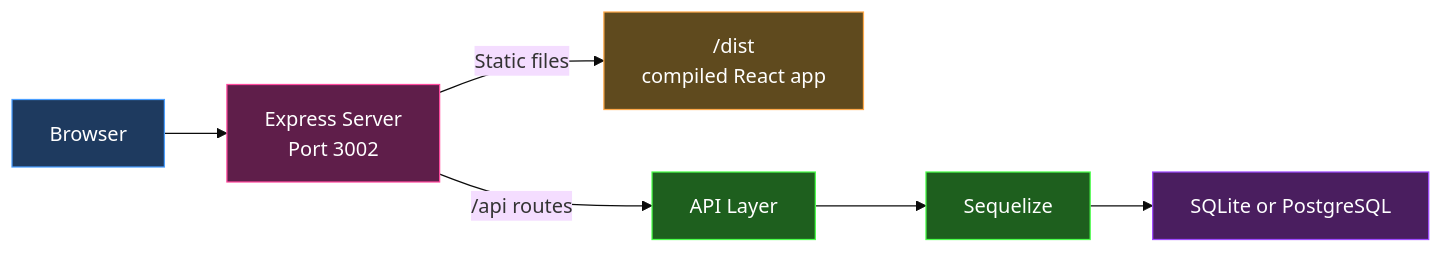
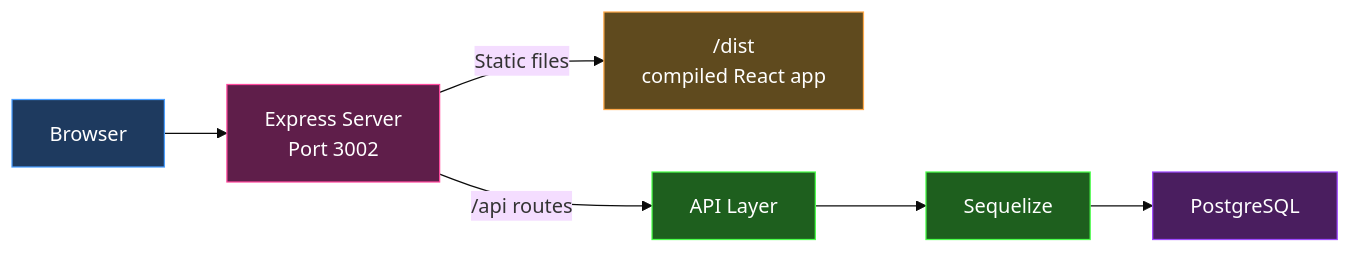
One commit to chrisvel/tududi changed the second of 3 diagrams in docs/architecture.md. Above: the diagram before and after it, drawn with Mermaid (base theme). The commit also changed other lines of this file and 296 other files, not shown here.

First line of the commit message:
feat!: drop SQLite support, PostgreSQL only for v2.0.0

````diff
--- a/docs/architecture.md
+++ b/docs/architecture.md
@@ -64,15 +64,15 @@
 ```mermaid
 graph LR
     Browser["Browser"] --> Express["Express Server<br>Port 3002"]
     Express -->|Static files| Dist["/dist<br>compiled React app"]
     Express -->|/api routes| API["API Layer"]
     API --> Sequelize["Sequelize"]
-    Sequelize --> Database["SQLite or PostgreSQL"]
+    Sequelize --> Database["PostgreSQL"]
 
     style Browser fill:#1e3a5f,stroke:#4a9eff,color:#fff
     style Express fill:#5f1e4a,stroke:#ff4a9e,color:#fff
     style Dist fill:#5f4a1e,stroke:#ffa94a,color:#fff
     style API fill:#1e5f1e,stroke:#4aff4a,color:#fff
     style Sequelize fill:#1e5f1e,stroke:#4aff4a,color:#fff
     style Database fill:#4a1e5f,stroke:#9e4aff,color:#fff
 ```
````
